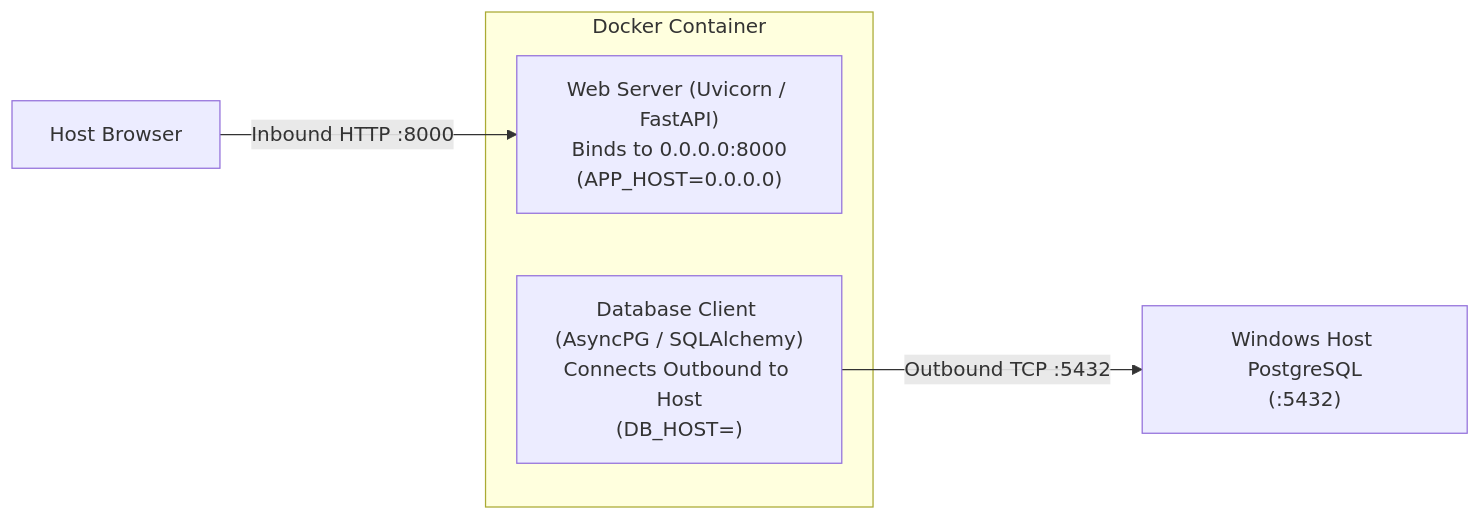
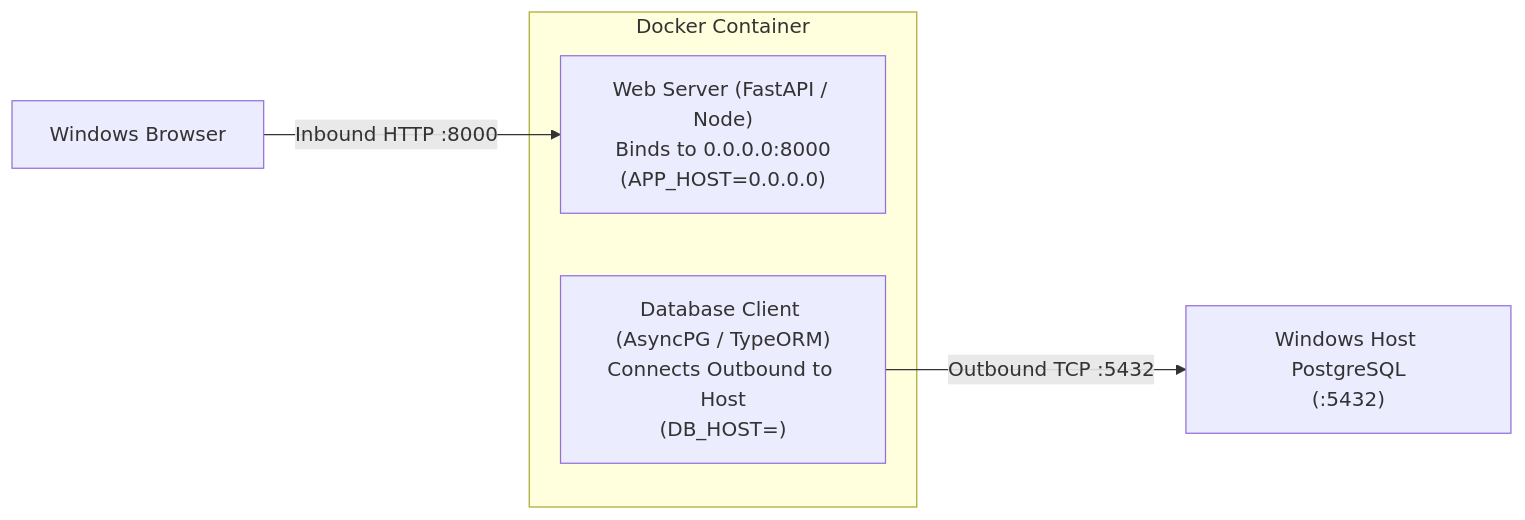
One commit to shangar-t-a/keys-personal-wiki changed the second of 2 diagrams in keys-wiki-site/docs/knowledge-base/devops/wsl-docker-hybrid-setup.md. Above: the diagram before and after it, drawn with Mermaid. The commit also changed other lines of this file and 1 other file, not shown here.

First line of the commit message:
docs(devops): expand wsl2 and docker hybrid architecture guide and remove diamond brand mark

````diff
--- a/keys-wiki-site/docs/knowledge-base/devops/wsl-docker-hybrid-setup.md
+++ b/keys-wiki-site/docs/knowledge-base/devops/wsl-docker-hybrid-setup.md
@@ -64,10 +192,10 @@
 ```mermaid
 graph LR
     subgraph Container ["Docker Container"]
-        Server["Web Server (Uvicorn / FastAPI)<br/>Binds to 0.0.0.0:8000<br/>(APP_HOST=0.0.0.0)"]
-        Client["Database Client (AsyncPG / SQLAlchemy)<br/>Connects Outbound to Host<br/>(DB_HOST=<GATEWAY_IP>)"]
+        Server["Web Server (FastAPI / Node)<br/>Binds to 0.0.0.0:8000<br/>(APP_HOST=0.0.0.0)"]
+        Client["Database Client (AsyncPG / TypeORM)<br/>Connects Outbound to Host<br/>(DB_HOST=<HOST_GATEWAY_IP>)"]
     end
 
-    Browser["Host Browser"] -->|"Inbound HTTP :8000"| Server
-    Client -->|"Outbound TCP :5432"| WinDB["Windows Host PostgreSQL<br/>(<GATEWAY_IP>:5432)"]
+    HostBrowser["Windows Browser"] -->|"Inbound HTTP :8000"| Server
+    Client -->|"Outbound TCP :5432"| WinDB["Windows Host PostgreSQL<br/>(<HOST_GATEWAY_IP>:5432)"]
 ```
````
